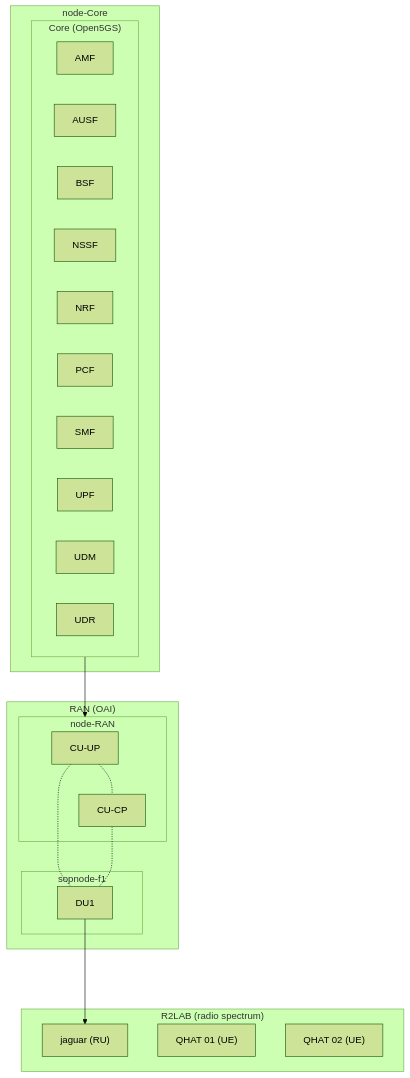
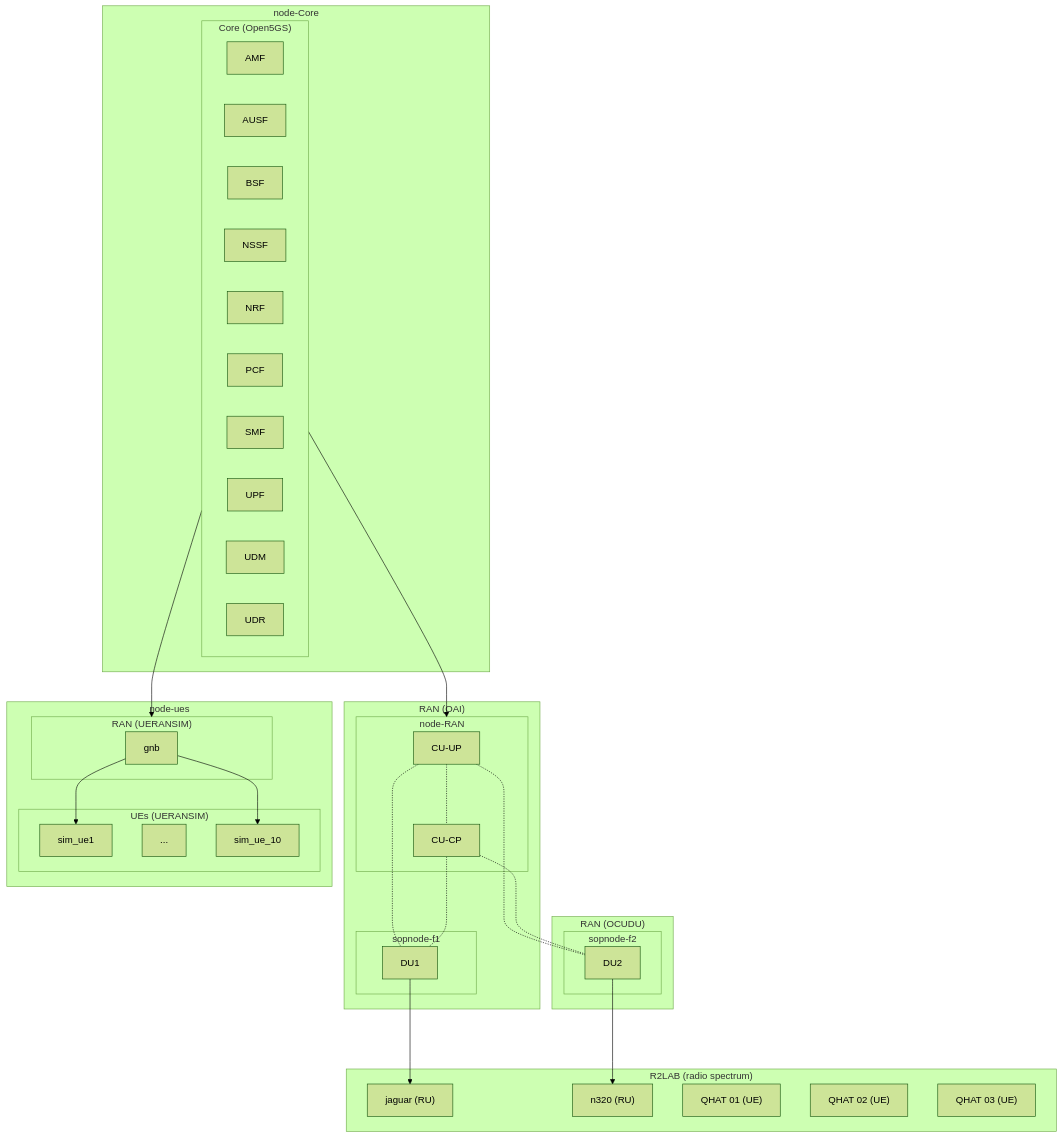
The diagram in examples/tutorials/figures/ru_full.mermaid (ifran-project/ifran), drawn with Mermaid (forest theme) before and after one commit. The commit also changed 1 other file, not shown here.

```diff
--- a/examples/tutorials/figures/ru_full.mermaid
+++ b/examples/tutorials/figures/ru_full.mermaid
@@ -1,45 +1,62 @@
 flowchart TD
     Core --> node-ran
+    Core --> ran3
     
     cuup -.- cucp
 
     cuup -.- du1
     cucp -.- du1
 
-    %% cuup -.- du2
-    %% cucp -.- du2    
+    cuup -.- du2
+    cucp -.- du2
     
     subgraph node-core[node-Core]
         subgraph Core ["Core (Open5GS)"]
             amf["AMF"]
             ausf["AUSF"]
             bsf["BSF"]
             nssf["NSSF"]
             nrf["NRF"]
             pcf["PCF"]
             smf["SMF"]
             upf["UPF"]
             udm["UDM"]
             udr["UDR"]
         end
     end
 
     subgraph ran["RAN (OAI)"]
         subgraph node-ran[node-RAN]
             cucp[CU-CP]
             cuup[CU-UP]
         end
 
         subgraph sopnode-f1[sopnode-f1]
             du1["DU1"]
         end
-        %% subgraph sopnode-f2[sopnode-f2]
-        %%     du2["DU2"]
-        %% end
     end
+    
+    subgraph ran2["RAN (OCUDU)"]
+        subgraph sopnode-f2[sopnode-f2]
+            du2["DU2"]
+        end
+    end
+
+    subgraph node-ues["node-ues"]
+            subgraph ran3 ["RAN (UERANSIM)"]
+                gnb[gnb]
+            end
+            subgraph ues ["UEs (UERANSIM)"]
+                gnb --> sim_ue1["sim_ue1"]
+                etc["..."]
+                gnb --> sim_ue10["sim_ue_10"]
+            end
+    end
+
     subgraph r2lab["R2LAB (radio spectrum)"]
             du1 ---> jaguar["jaguar (RU)"]
-            %% du2 ---> panther["panther (RU)"]
+            du2 ---> n320["n320 (RU)"]
             qhat01["QHAT 01 (UE)"]
             qhat02["QHAT 02 (UE)"]
+            qhat03["QHAT 03 (UE)"]
     end
```
